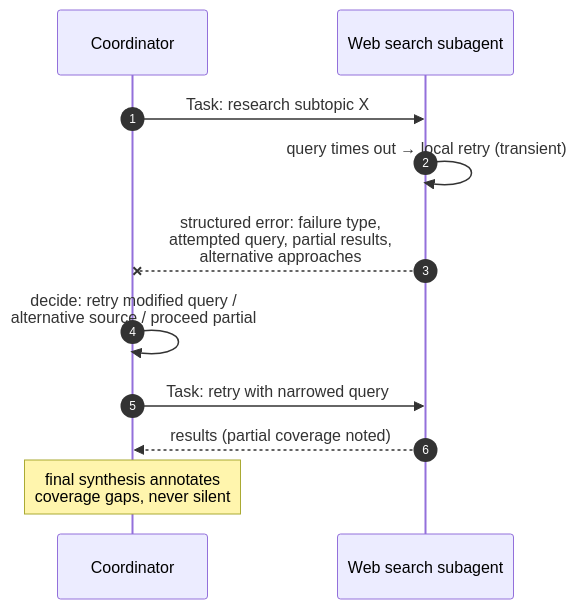
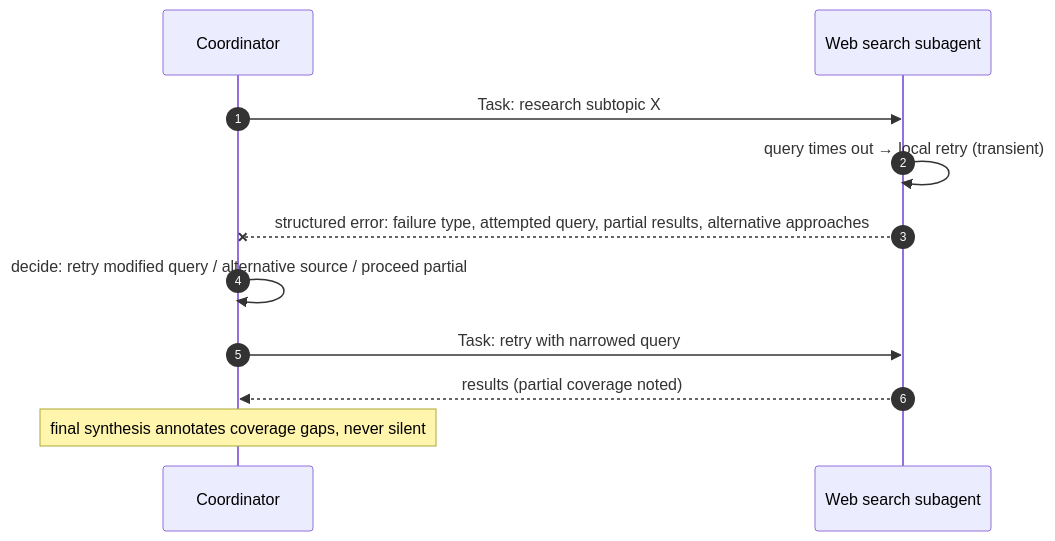
The second of 2 diagrams in CCA-F/scenarios/s3-multi-agent-research.md (parmar-m/claude-architect-certification-prep), drawn with Mermaid before and after one commit. The commit also changed other lines of this file and 25 other files, not shown here.

````diff
--- a/CCA-F/scenarios/s3-multi-agent-research.md
+++ b/CCA-F/scenarios/s3-multi-agent-research.md
@@ -30,13 +30,13 @@
 ```mermaid
 sequenceDiagram
     autonumber
     participant CO as Coordinator
     participant WS as Web search subagent
     CO->>WS: Task: research subtopic X
     WS->>WS: query times out → local retry (transient)
-    WS--xCO: structured error: failure type,<br/>attempted query, partial results,<br/>alternative approaches
-    CO->>CO: decide: retry modified query /<br/>alternative source / proceed partial
+    WS--xCO: structured error: failure type, attempted query, partial results, alternative approaches
+    CO->>CO: decide: retry modified query / alternative source / proceed partial
     CO->>WS: Task: retry with narrowed query
     WS-->>CO: results (partial coverage noted)
-    Note over CO: final synthesis annotates<br/>coverage gaps, never silent
+    Note over CO: final synthesis annotates coverage gaps, never silent
 ```
````
